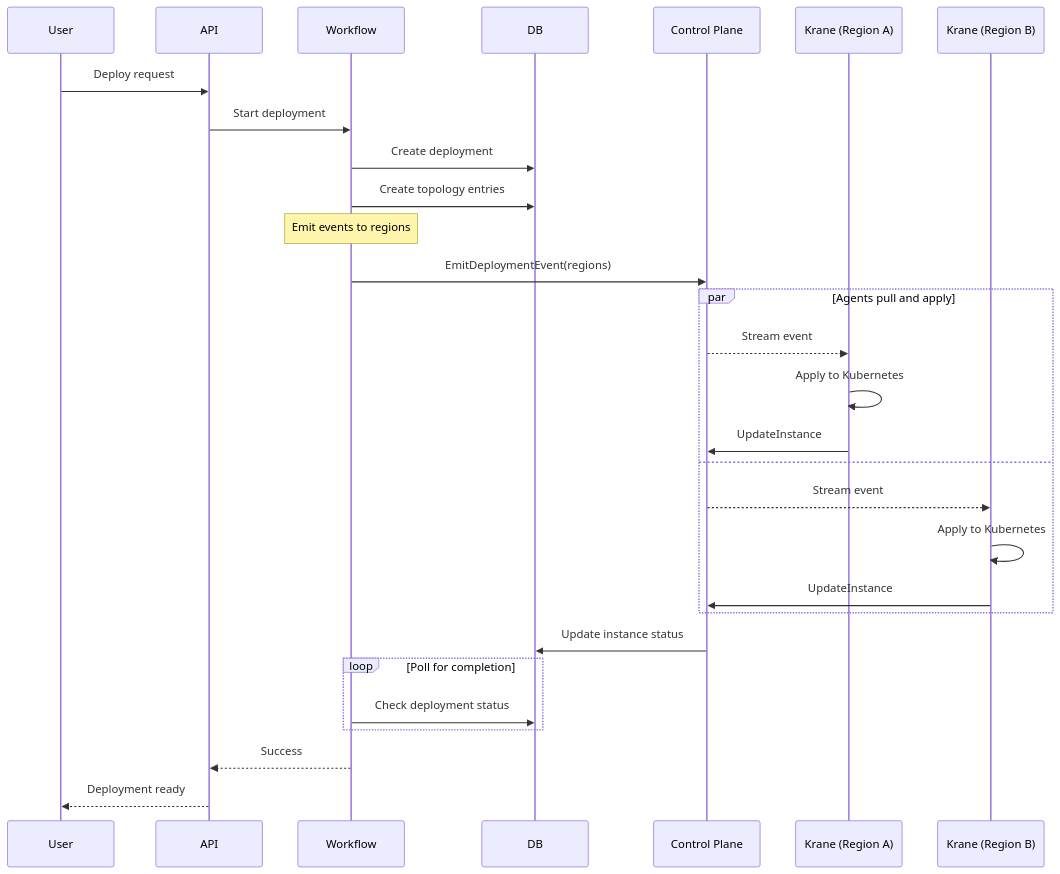
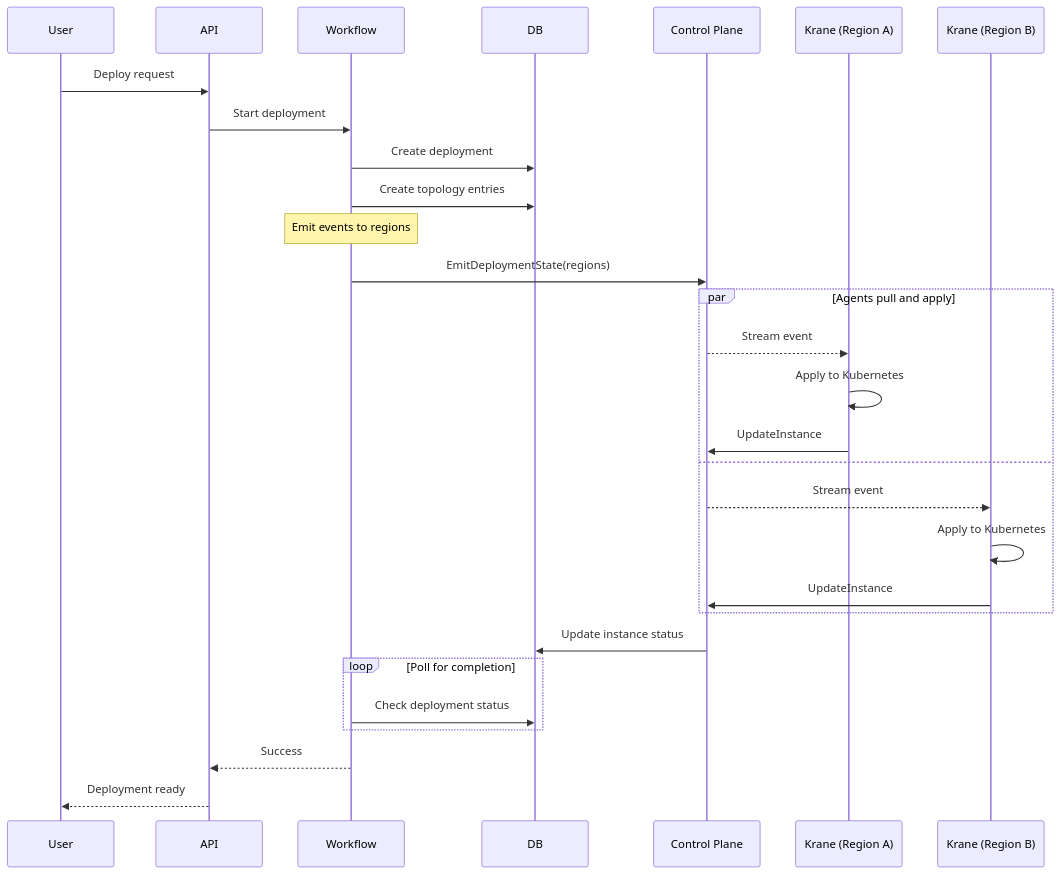
The second of 10 diagrams in apps/engineering/content/docs/architecture/workflows/deployment-workflow-pull-based.mdx (unkeyed/unkey), drawn with Mermaid before and after one commit. The commit also changed other lines of this file and 39 other files, not shown here.

````diff
--- a/apps/engineering/content/docs/architecture/workflows/deployment-workflow-pull-based.mdx
+++ b/apps/engineering/content/docs/architecture/workflows/deployment-workflow-pull-based.mdx
@@ -44,38 +44,38 @@
 ```mermaid
 sequenceDiagram
     participant User
     participant API
     participant Workflow
     participant DB
     participant Ctrl as Control Plane
     participant K1 as Krane (Region A)
     participant K2 as Krane (Region B)
     
     User->>API: Deploy request
     API->>Workflow: Start deployment
     
     Workflow->>DB: Create deployment
     Workflow->>DB: Create topology entries
     
     Note over Workflow: Emit events to regions
-    Workflow->>Ctrl: EmitDeploymentEvent(regions)
+    Workflow->>Ctrl: EmitDeploymentState(regions)
     
     par Agents pull and apply
         Ctrl-->>K1: Stream event
         K1->>K1: Apply to Kubernetes
         K1->>Ctrl: UpdateInstance
     and
         Ctrl-->>K2: Stream event
         K2->>K2: Apply to Kubernetes
         K2->>Ctrl: UpdateInstance
     end
     
     Ctrl->>DB: Update instance status
     
     loop Poll for completion
         Workflow->>DB: Check deployment status
     end
     
     Workflow-->>API: Success
     API-->>User: Deployment ready
 ```
````
